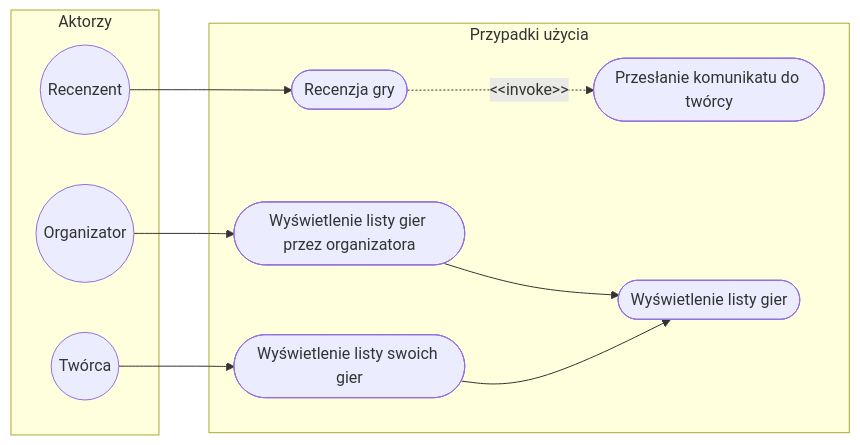
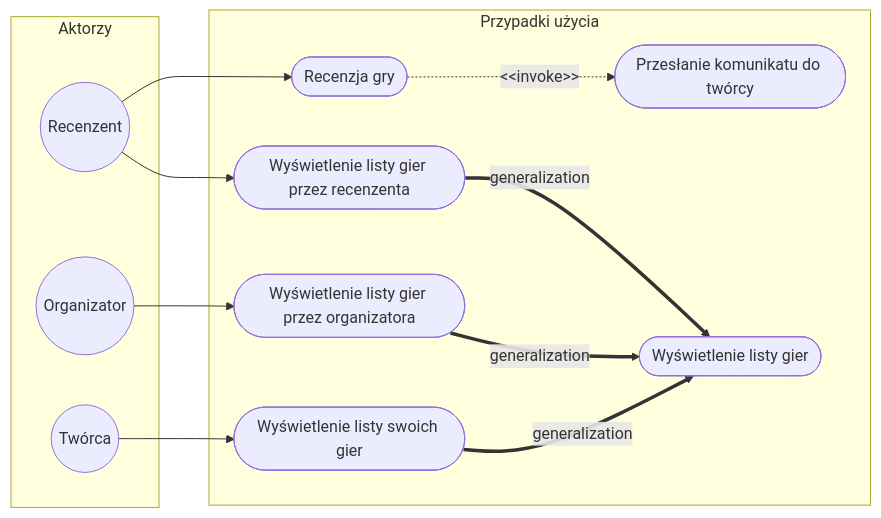
Before and after one commit to cojarobietu9/project_iwo: the fourth of 11 diagrams in README.md, drawn with Mermaid. The commit also changed other lines of this file, not shown here.

````diff
--- a/README.md
+++ b/README.md
@@ -1240,28 +1209,31 @@
 ```mermaid
 flowchart LR
 
 subgraph Aktorzy
 rec((Recenzent))
 org((Organizator))
 tworca((Twórca))
 end
 
 subgraph Przypadki użycia
 pu_lista_gier_tw([Wyświetlenie listy swoich gier])
 pu_komunikat([Przesłanie komunikatu do twórcy])
 pu_lista_gier_org([Wyświetlenie listy gier przez organizatora])
 pu_lista_gier([Wyświetlenie listy gier])
 pu_recenzja_gry([Recenzja gry])
+pu_lista_recenzent([Wyświetlenie listy gier przez recenzenta])
 
 tworca --> pu_lista_gier_tw
 org --> pu_lista_gier_org
 rec --> pu_recenzja_gry
+rec --> pu_lista_recenzent
 
 pu_lista_gier_org ~~~ pu_lista_gier
 pu_lista_gier_tw ~~~ pu_lista_gier
-pu_lista_gier_org --> pu_lista_gier 
-pu_lista_gier_tw --> pu_lista_gier
+pu_lista_gier_org ==>|generalization| pu_lista_gier 
+pu_lista_gier_tw ==>|generalization| pu_lista_gier
+pu_lista_recenzent ==>|generalization| pu_lista_gier
 pu_recenzja_gry -."&lt;&lt;invoke&gt;&gt;".-> pu_komunikat
 
 end
 ```
````
